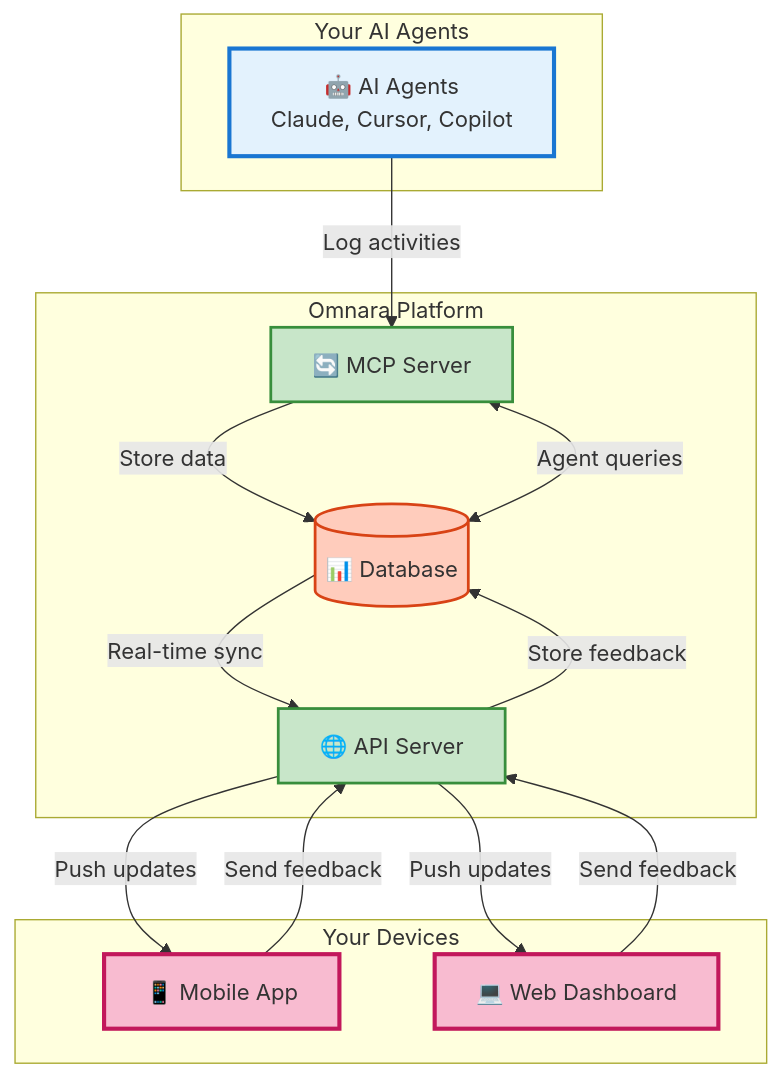
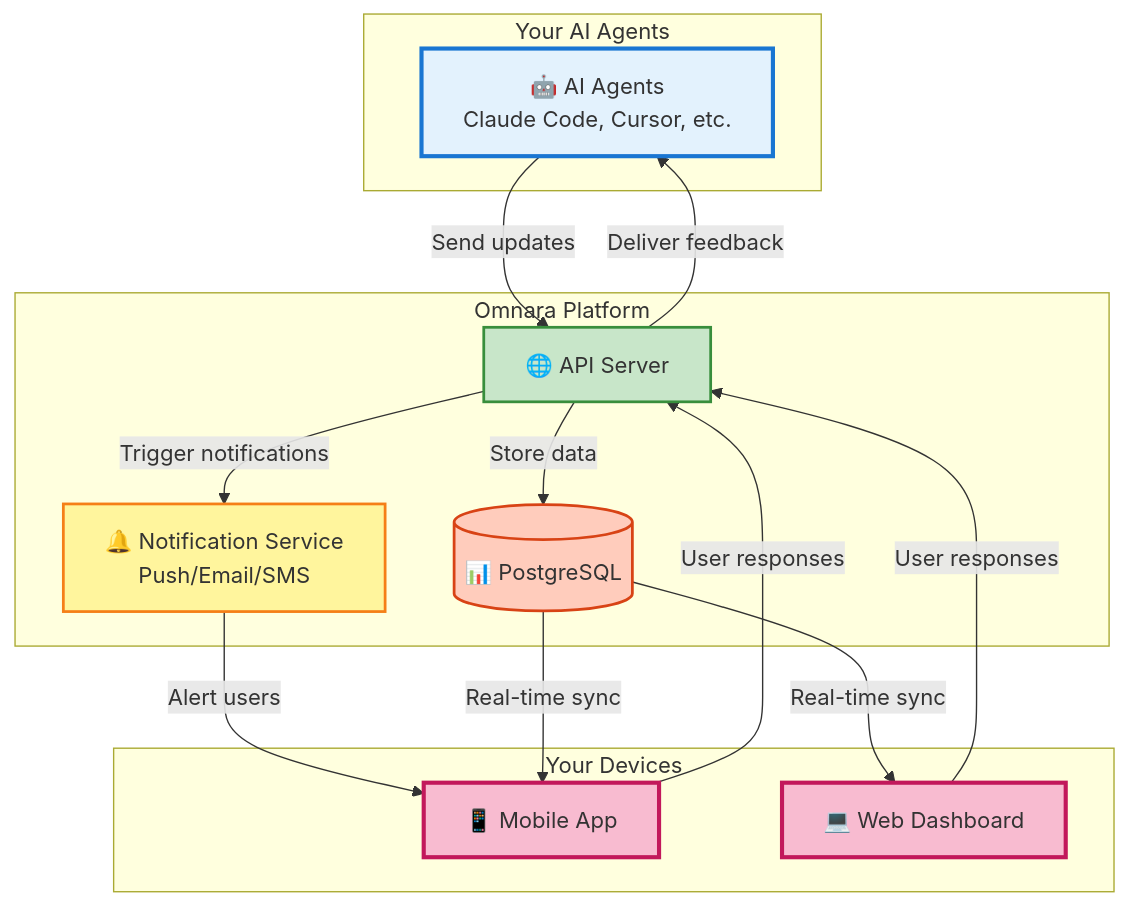
Before and after one commit to omnara-ai/omnara: the first of 3 diagrams in README.md, drawn with Mermaid. The commit also changed other lines of this file, not shown here.

Commit message:
feat: Update readme with diagrams

````diff
--- a/README.md
+++ b/README.md
@@ -55,34 +55,34 @@
 ```mermaid
 graph TB
     subgraph "Your AI Agents"
-        A[🤖 AI Agents<br/>Claude, Cursor, Copilot]
+        A[🤖 AI Agents<br/>Claude Code, Cursor, etc.]
     end
 
     subgraph "Omnara Platform"
-        S[🔄 MCP Server]
-        DB[(📊 Database)]
         API[🌐 API Server]
+        DB[(📊 PostgreSQL)]
+        NOTIFY[🔔 Notification Service<br/>Push/Email/SMS]
     end
 
     subgraph "Your Devices"
         M[📱 Mobile App]
         W[💻 Web Dashboard]
     end
 
-    A -->|Log activities| S
-    S -->|Store data| DB
-    DB -->|Real-time sync| API
-    API -->|Push updates| M
-    API -->|Push updates| W
-    M -->|Send feedback| API
-    W -->|Send feedback| API
-    API -->|Store feedback| DB
-    S <-->|Agent queries| DB
+    A -->|Send updates| API
+    API -->|Store data| DB
+    API -->|Trigger notifications| NOTIFY
+    NOTIFY -->|Alert users| M
+    DB -->|Real-time sync| M
+    DB -->|Real-time sync| W
+    M -->|User responses| API
+    W -->|User responses| API
+    API -->|Deliver feedback| A
 
     style A fill:#e3f2fd,stroke:#1976d2,stroke-width:3px
-    style S fill:#c8e6c9,stroke:#388e3c,stroke-width:2px
+    style API fill:#c8e6c9,stroke:#388e3c,stroke-width:2px
     style DB fill:#ffccbc,stroke:#d84315,stroke-width:2px
-    style API fill:#c8e6c9,stroke:#388e3c,stroke-width:2px
+    style NOTIFY fill:#fff59d,stroke:#f57f17,stroke-width:2px
     style M fill:#f8bbd0,stroke:#c2185b,stroke-width:3px
     style W fill:#f8bbd0,stroke:#c2185b,stroke-width:3px
 ```
````
